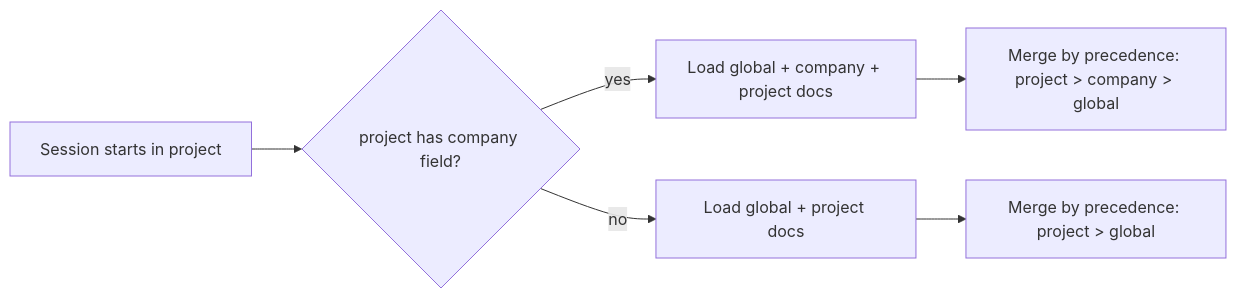
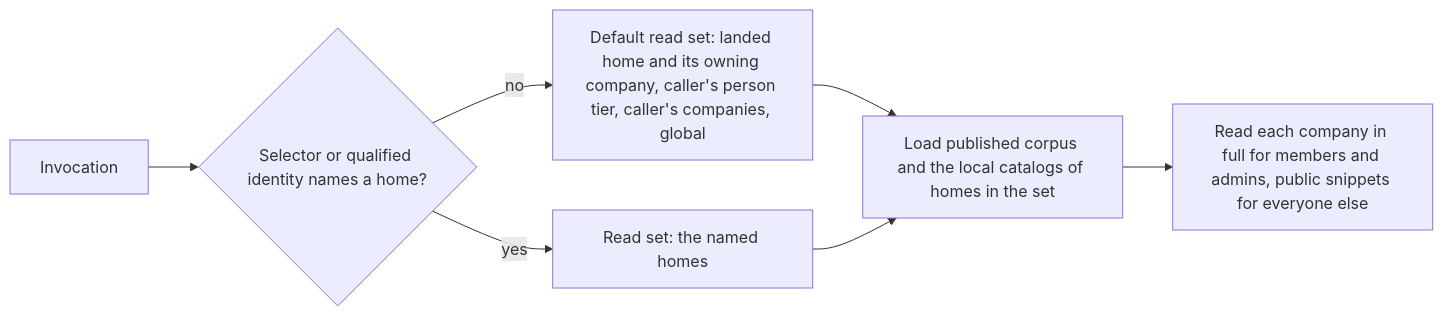
The third of 3 diagrams in docs/global/general/design/company-knowledge-layer.md (InstruktAI/TeleClaude), drawn with Mermaid before and after one commit. The commit also changed other lines of this file and 864 other files, not shown here.

````diff
--- a/docs/global/general/design/company-knowledge-layer.md
+++ b/docs/global/general/design/company-knowledge-layer.md
@@ -98,8 +103,9 @@
 ```mermaid
 flowchart LR
-    A[Session starts in project] --> B{project has company field?}
-    B -->|yes| C[Load global + company + project docs]
-    B -->|no| D[Load global + project docs]
-    C --> E[Merge by precedence: project > company > global]
-    D --> F[Merge by precedence: project > global]
+    A[Invocation] --> B{Selector or qualified identity names a home?}
+    B -->|no| C[Default read set: landed home and its owning company, caller's person tier, caller's companies, global]
+    B -->|yes| D[Read set: the named homes]
+    C --> E[Load published corpus and the local catalogs of homes in the set]
+    D --> E
+    E --> F[Read each company in full for members and admins, public snippets for everyone else]
 ```
````
